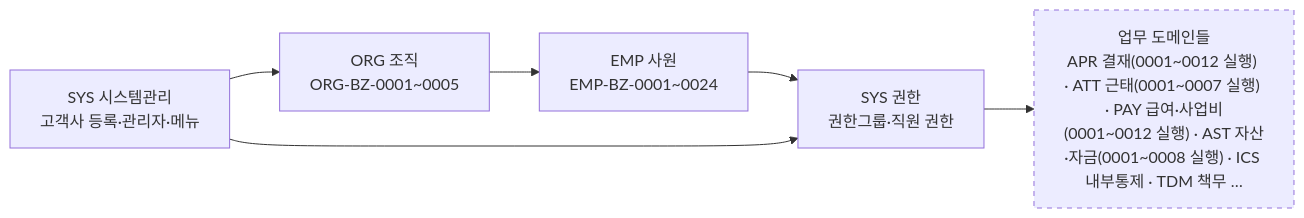
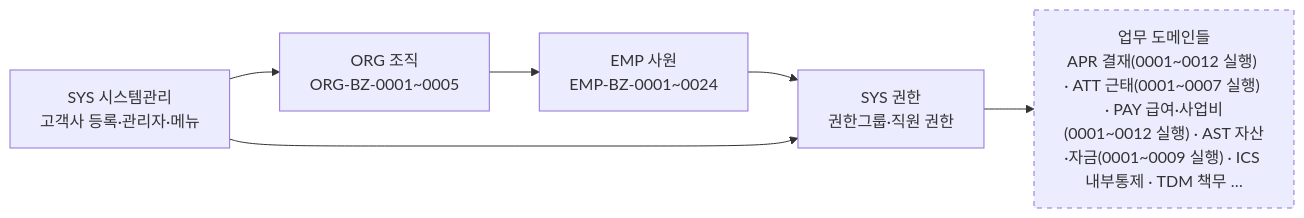
One commit to KimDoYoung/framework-sprt changed the diagram in AssetERP/docs/2-업무분석/biz-event/00-도메인Map.md. Above: the diagram before and after it, drawn with Mermaid. The commit also changed 5 other files, not shown here.

````diff
--- a/AssetERP/docs/2-업무분석/biz-event/00-도메인Map.md
+++ b/AssetERP/docs/2-업무분석/biz-event/00-도메인Map.md
@@ -6,14 +6,14 @@
 ```mermaid
 flowchart LR
     SYS["SYS 시스템관리<br/>고객사 등록·관리자·메뉴"]
     ORG["ORG 조직<br/>ORG-BZ-0001~0005"]
     EMP["EMP 사원<br/>EMP-BZ-0001~0024"]
     AUTH["SYS 권한<br/>권한그룹·직원 권한"]
-    WORK["업무 도메인들<br/>APR 결재(0001~0012 실행) · ATT 근태(0001~0007 실행) · PAY 급여·사업비(0001~0012 실행) · AST 자산·자금(0001~0008 실행) · ICS 내부통제 · TDM 책무 …"]
+    WORK["업무 도메인들<br/>APR 결재(0001~0012 실행) · ATT 근태(0001~0007 실행) · PAY 급여·사업비(0001~0012 실행) · AST 자산·자금(0001~0009 실행) · ICS 내부통제 · TDM 책무 …"]
 
     SYS --> ORG --> EMP --> AUTH --> WORK
     SYS --> AUTH
 
     classDef todo stroke-dasharray: 5 5
     class WORK todo
 ```
````
